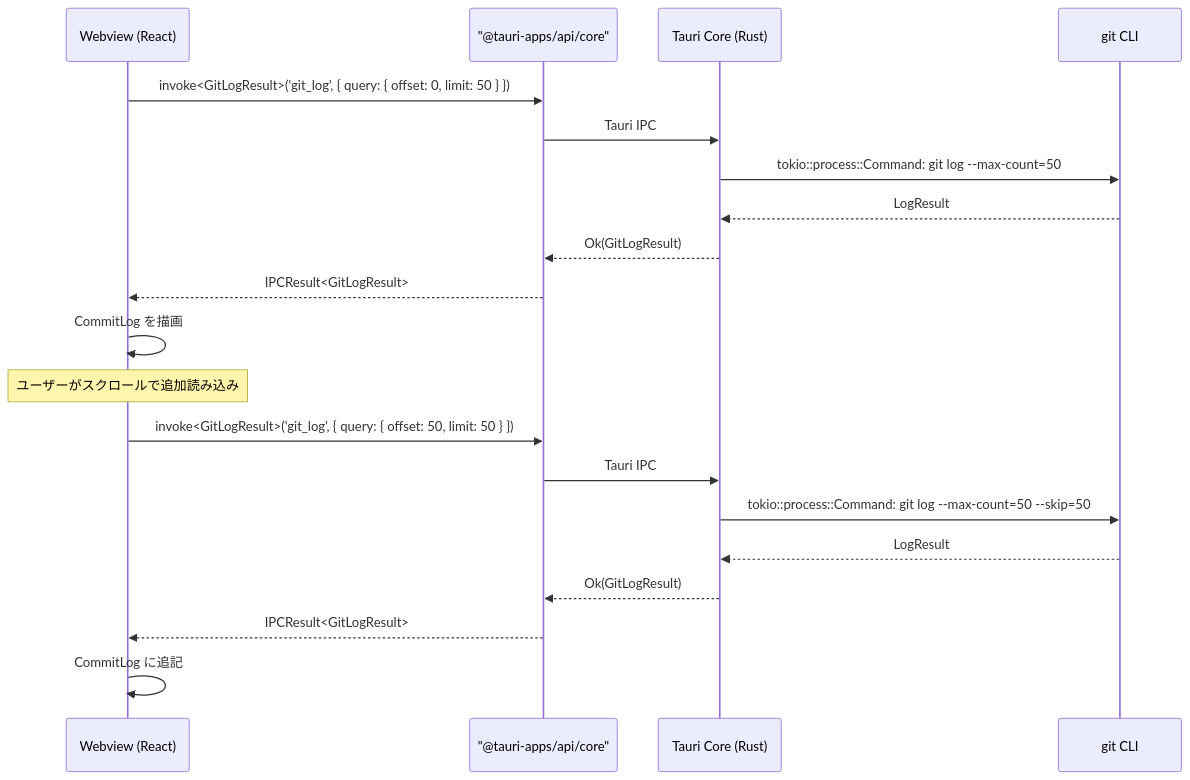
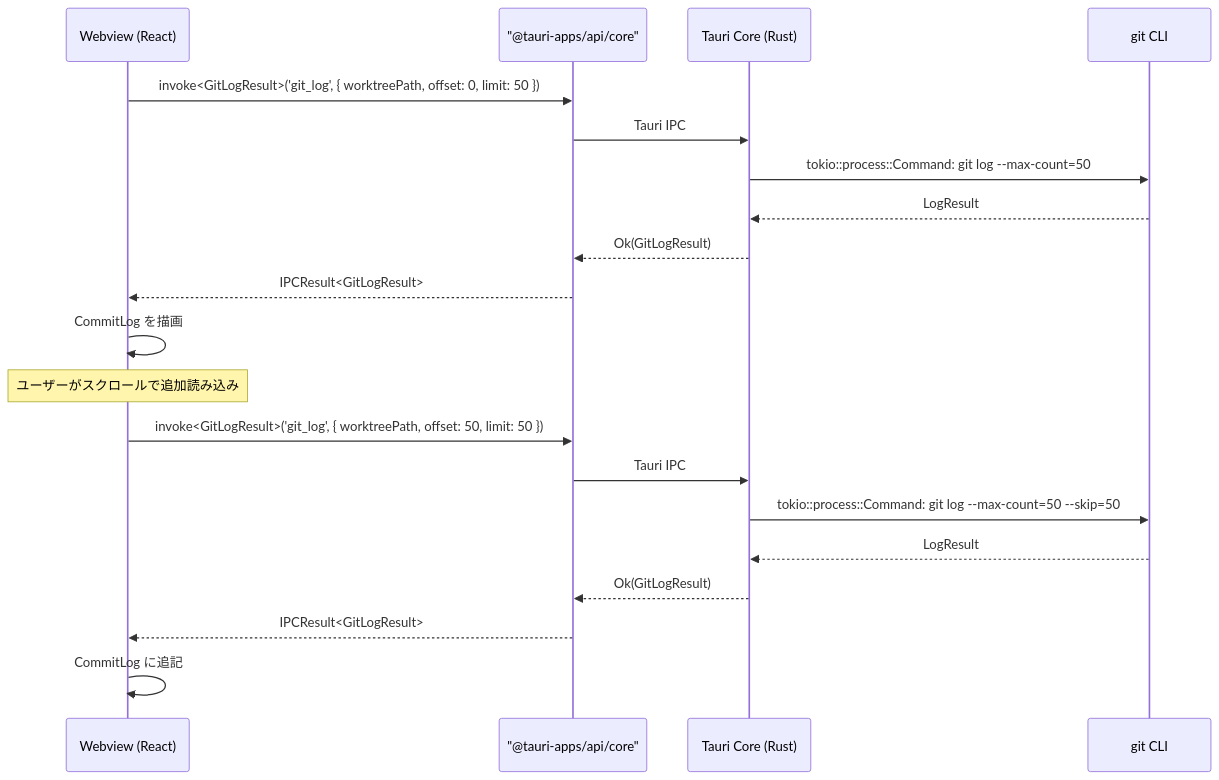
Before and after one commit to ToshikiImagawa/Buruma: the second of 4 diagrams in .sdd/specification/repository-viewer_spec.md, drawn with Mermaid. The commit also changed other lines of this file and 24 other files, not shown here.

````diff
--- a/.sdd/specification/repository-viewer_spec.md
+++ b/.sdd/specification/repository-viewer_spec.md
@@ -392,22 +395,22 @@
 ```mermaid
 sequenceDiagram
     participant Webview as Webview (React)
     participant Invoke as "@tauri-apps/api/core"
     participant Core as Tauri Core (Rust)
     participant Git as git CLI
-    Webview ->> Invoke: invoke<GitLogResult>('git_log', { query: { offset: 0, limit: 50 } })
+    Webview ->> Invoke: invoke<GitLogResult>('git_log', { worktreePath, offset: 0, limit: 50 })
     Invoke ->> Core: Tauri IPC
     Core ->> Git: tokio::process::Command: git log --max-count=50
     Git -->> Core: LogResult
     Core -->> Invoke: Ok(GitLogResult)
     Invoke -->> Webview: IPCResult<GitLogResult>
     Webview ->> Webview: CommitLog を描画
     Note over Webview: ユーザーがスクロールで追加読み込み
-    Webview ->> Invoke: invoke<GitLogResult>('git_log', { query: { offset: 50, limit: 50 } })
+    Webview ->> Invoke: invoke<GitLogResult>('git_log', { worktreePath, offset: 50, limit: 50 })
     Invoke ->> Core: Tauri IPC
     Core ->> Git: tokio::process::Command: git log --max-count=50 --skip=50
     Git -->> Core: LogResult
     Core -->> Invoke: Ok(GitLogResult)
     Invoke -->> Webview: IPCResult<GitLogResult>
     Webview ->> Webview: CommitLog に追記
 ```
````
